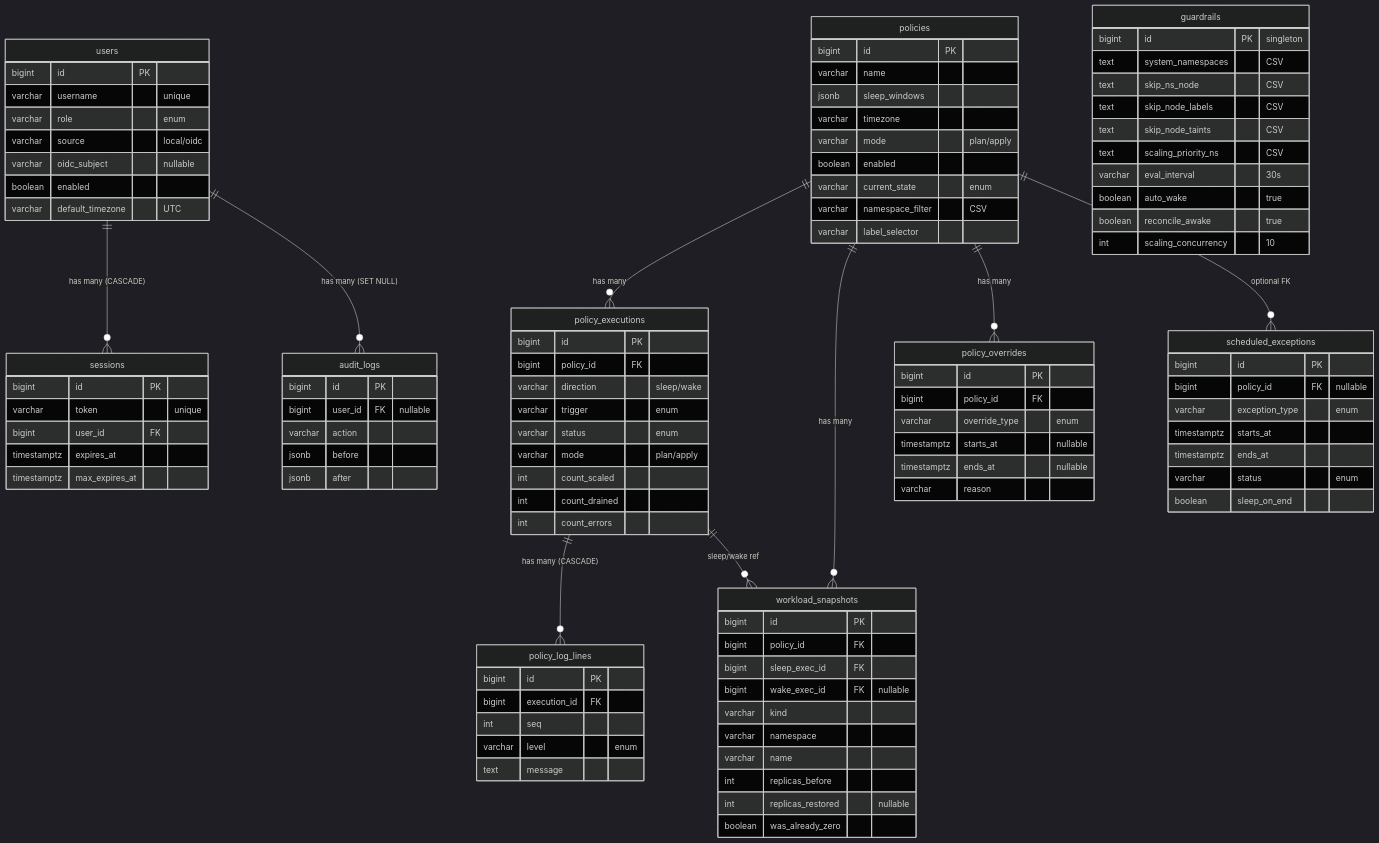
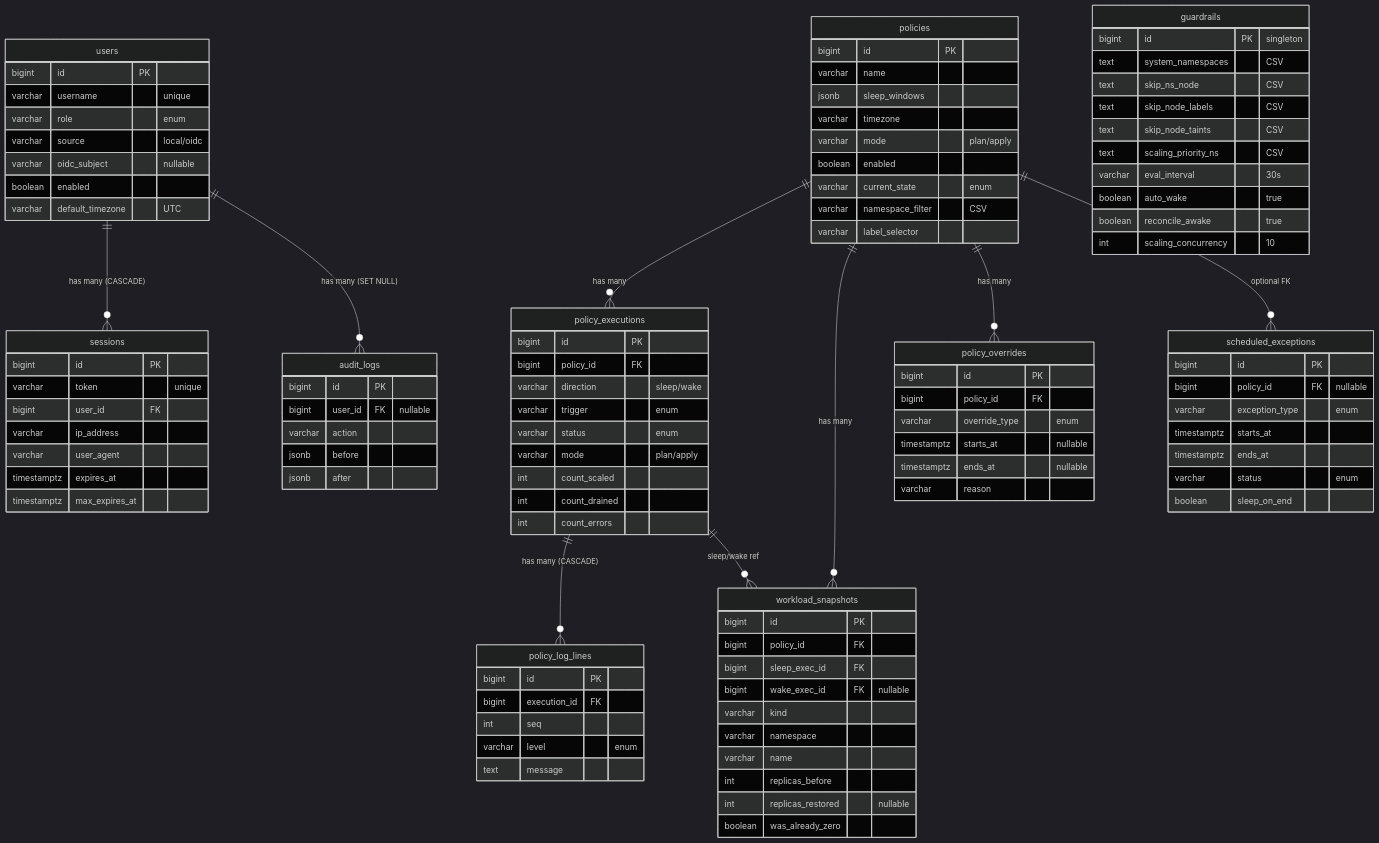
The second of 2 diagrams in ARCHITECTURE.md (MacXsimilian/kube-phoenix), drawn with Mermaid (dark theme) before and after one commit. The commit also changed 3 other files, not shown here.

```diff
--- a/ARCHITECTURE.md
+++ b/ARCHITECTURE.md
@@ -325,6 +325,8 @@
         bigint id PK
         varchar token "unique"
         bigint user_id FK
+        varchar ip_address
+        varchar user_agent
         timestamptz expires_at
         timestamptz max_expires_at
     }
```
